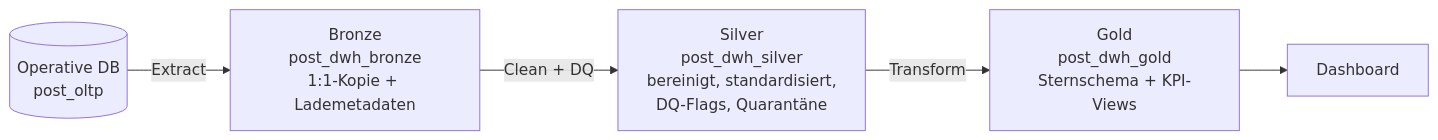
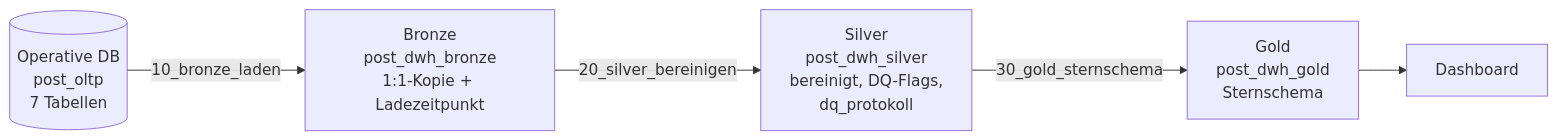
One commit to taar1/ZHAW_DB_DQH_Leistungsnachweis changed the third of 3 diagrams in bericht/bericht.md. Above: the diagram before and after it, drawn with Mermaid. The commit also changed other lines of this file and 2 other files, not shown here.

First line of the commit message:
Bericht vereinfacht: 3 Fragen, schlankeres Sternschema, 4 DQ-Pruefungen

````diff
--- a/bericht/bericht.md
+++ b/bericht/bericht.md
@@ -502,7 +482,13 @@
 ```mermaid
 flowchart LR
-    SRC[("Operative DB<br/>post_oltp")] -->|Extract| B["Bronze<br/>post_dwh_bronze<br/>1:1-Kopie + Lademetadaten"]
-    B -->|"Clean + DQ"| S["Silver<br/>post_dwh_silver<br/>bereinigt, standardisiert,<br/>DQ-Flags, Quarantäne"]
-    S -->|"Transform"| G["Gold<br/>post_dwh_gold<br/>Sternschema + KPI-Views"]
-    G --> D["Dashboard"]
+    SRC[("Operative DB<br/>post_oltp<br/>7 Tabellen")]
+    B["Bronze<br/>post_dwh_bronze<br/>1:1-Kopie + Ladezeitpunkt"]
+    S["Silver<br/>post_dwh_silver<br/>bereinigt, DQ-Flags,<br/>dq_protokoll"]
+    G["Gold<br/>post_dwh_gold<br/>Sternschema"]
+    D["Dashboard"]
+
+    SRC -->|"10_bronze_laden"| B
+    B -->|"20_silver_bereinigen"| S
+    S -->|"30_gold_sternschema"| G
+    G --> D
 ```
````
